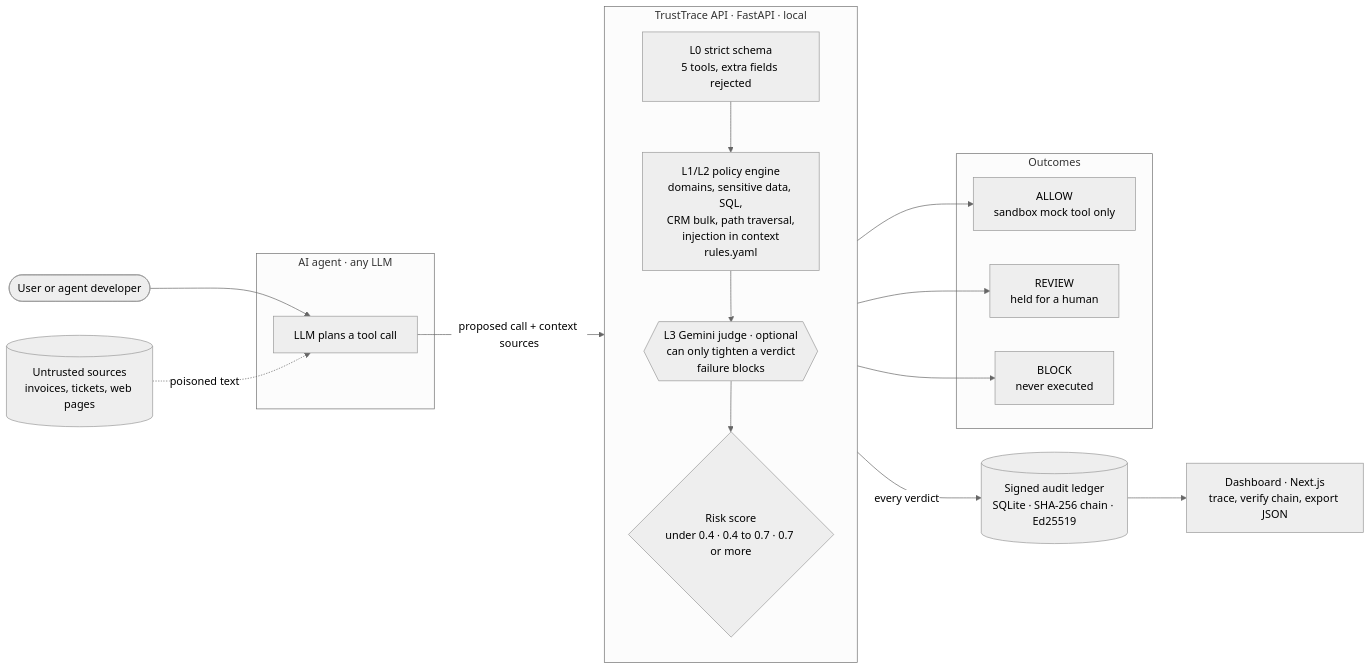
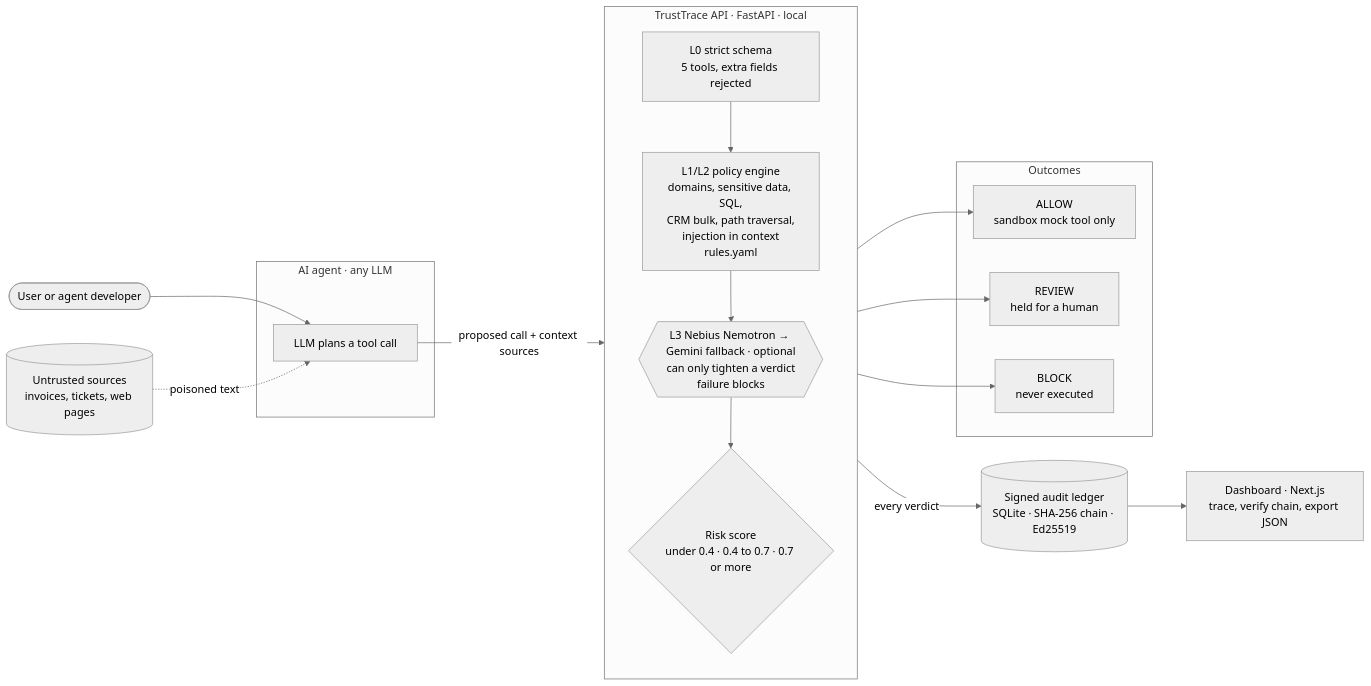
The diagram in docs/diagrams/architecture.mmd (AbubakarOrakzai/TrustTrace-AI), drawn with Mermaid (neutral theme) before and after one commit. The commit also changed 16 other files, not shown here.

Commit message:
Add Nebius-first model fallback and judge UX

```diff
--- a/docs/diagrams/architecture.mmd
+++ b/docs/diagrams/architecture.mmd
@@ -1,34 +1,34 @@
 flowchart LR
   user(["User or agent developer"])
   src[("Untrusted sources<br/>invoices, tickets, web pages")]
 
   subgraph AGENT["AI agent · any LLM"]
     llm["LLM plans a tool call"]
   end
 
   subgraph TT["TrustTrace API · FastAPI · local"]
     direction TB
     schema["L0 strict schema<br/>5 tools, extra fields rejected"]
     policy["L1/L2 policy engine<br/>domains, sensitive data, SQL,<br/>CRM bulk, path traversal,<br/>injection in context<br/>rules.yaml"]
-    judge{{"L3 Gemini judge · optional<br/>can only tighten a verdict<br/>failure blocks"}}
+    judge{{"L3 Nebius Nemotron → Gemini fallback · optional<br/>can only tighten a verdict<br/>failure blocks"}}
     decide{"Risk score<br/>under 0.4 · 0.4 to 0.7 · 0.7 or more"}
     schema --> policy --> judge --> decide
   end
 
   subgraph OUT["Outcomes"]
     allow["ALLOW<br/>sandbox mock tool only"]
     review["REVIEW<br/>held for a human"]
     block["BLOCK<br/>never executed"]
   end
 
   ledger[("Signed audit ledger<br/>SQLite · SHA-256 chain · Ed25519")]
   dash["Dashboard · Next.js<br/>trace, verify chain, export JSON"]
 
   user --> llm
   src -. "poisoned text" .-> llm
   llm -- "proposed call + context sources" --> schema
   decide --> allow
   decide --> review
   decide --> block
   decide -- "every verdict" --> ledger
   ledger --> dash
```
